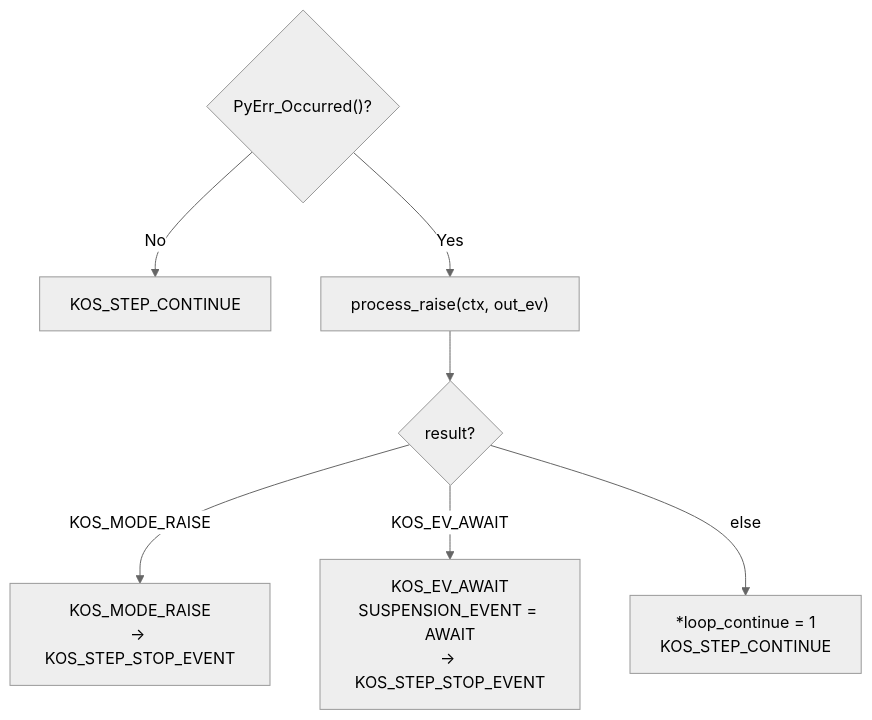
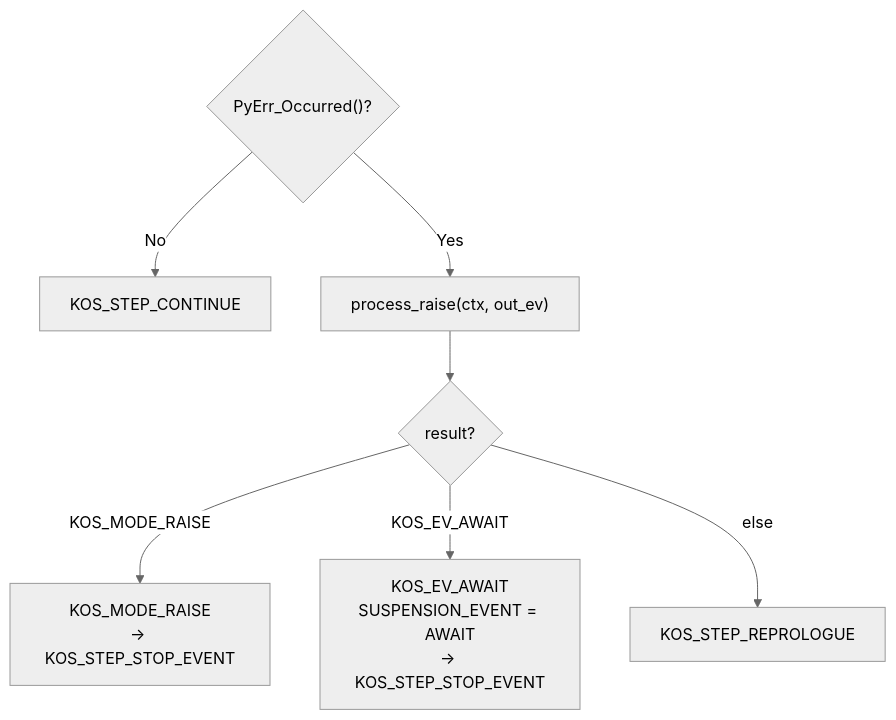
One commit to koskari-lang/koskari changed the fourth of 10 diagrams in design/EVALUATOR.md. Above: the diagram before and after it, drawn with Mermaid (neutral theme). The commit also changed other lines of this file and 3 other files, not shown here.

First line of the commit message:
Add KOS_STEP_REPROLOGUE; drop loop_continue from eval helpers

````diff
--- a/design/EVALUATOR.md
+++ b/design/EVALUATOR.md
@@ -127,17 +127,17 @@
 ```mermaid
 flowchart TD
     pyerr{"PyErr_Occurred()?"}
     cont["KOS_STEP_CONTINUE"]
     process["process_raise(ctx, out_ev)"]
     raise_check{"result?"}
     stop_raise["KOS_MODE_RAISE<br/>→ KOS_STEP_STOP_EVENT"]
     stop_await["KOS_EV_AWAIT<br/>SUSPENSION_EVENT = AWAIT<br/>→ KOS_STEP_STOP_EVENT"]
-    loop_cont["*loop_continue = 1<br/>KOS_STEP_CONTINUE"]
+    repro["KOS_STEP_REPROLOGUE"]
 
     pyerr -->|No| cont
     pyerr -->|Yes| process
     process --> raise_check
     raise_check -->|KOS_MODE_RAISE| stop_raise
     raise_check -->|KOS_EV_AWAIT| stop_await
-    raise_check -->|else| loop_cont
+    raise_check -->|else| repro
 ```
````
